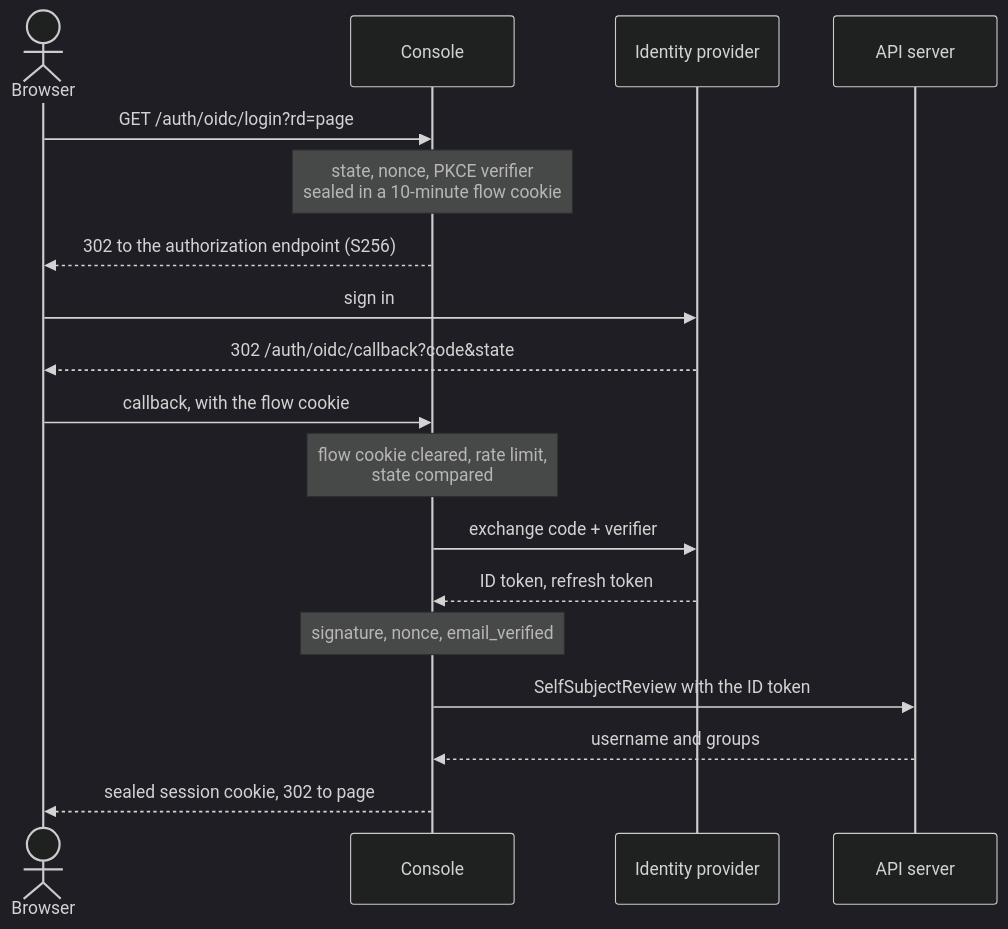
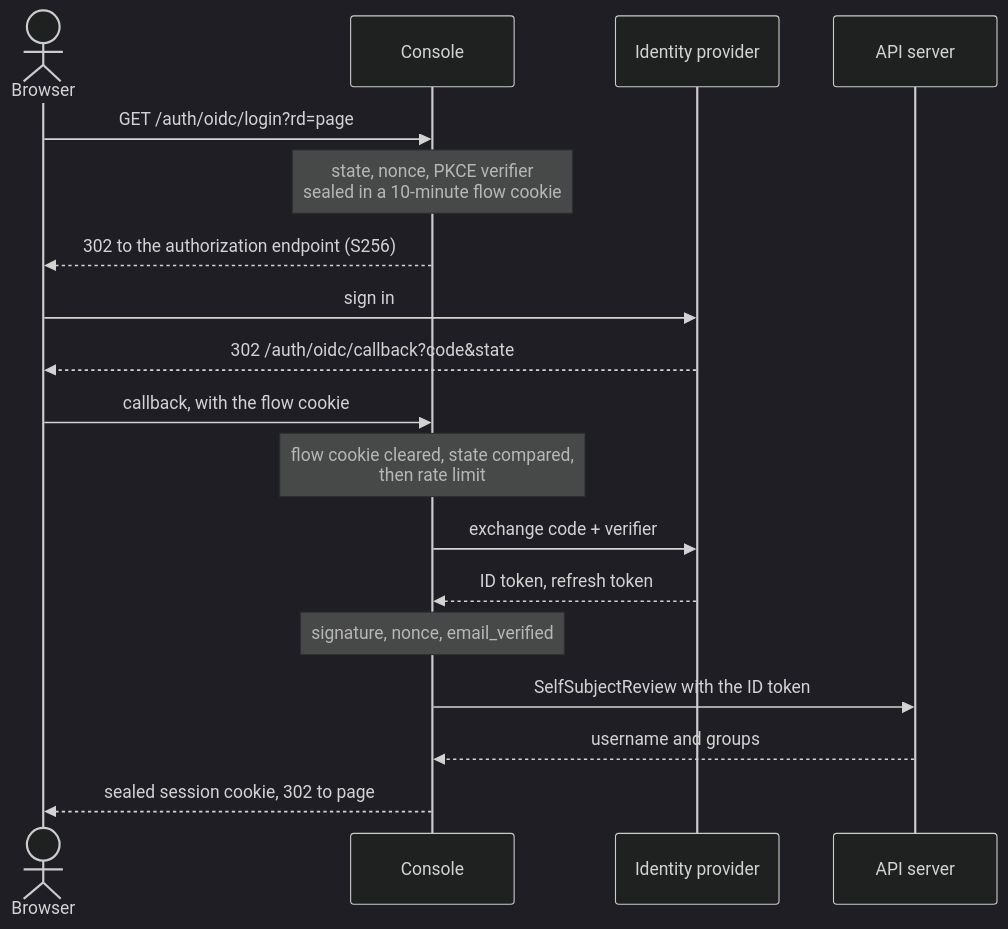
One commit to fyannk/pgToolBox changed the first of 2 diagrams in docs/site/docs/console/authentication.md. Above: the diagram before and after it, drawn with Mermaid (dark theme). The commit also changed other lines of this file and 291 other files, not shown here.

````diff
--- a/docs/site/docs/console/authentication.md
+++ b/docs/site/docs/console/authentication.md
@@ -53,20 +53,20 @@
 ```mermaid
 sequenceDiagram
     actor B as Browser
     participant C as Console
     participant I as Identity provider
     participant K as API server
     B->>C: GET /auth/oidc/login?rd=page
     Note over C: state, nonce, PKCE verifier<br/>sealed in a 10-minute flow cookie
     C-->>B: 302 to the authorization endpoint (S256)
     B->>I: sign in
     I-->>B: 302 /auth/oidc/callback?code&state
     B->>C: callback, with the flow cookie
-    Note over C: flow cookie cleared, rate limit,<br/>state compared
+    Note over C: flow cookie cleared, state compared,<br/>then rate limit
     C->>I: exchange code + verifier
     I-->>C: ID token, refresh token
     Note over C: signature, nonce, email_verified
     C->>K: SelfSubjectReview with the ID token
     K-->>C: username and groups
     C-->>B: sealed session cookie, 302 to page
 ```
````
